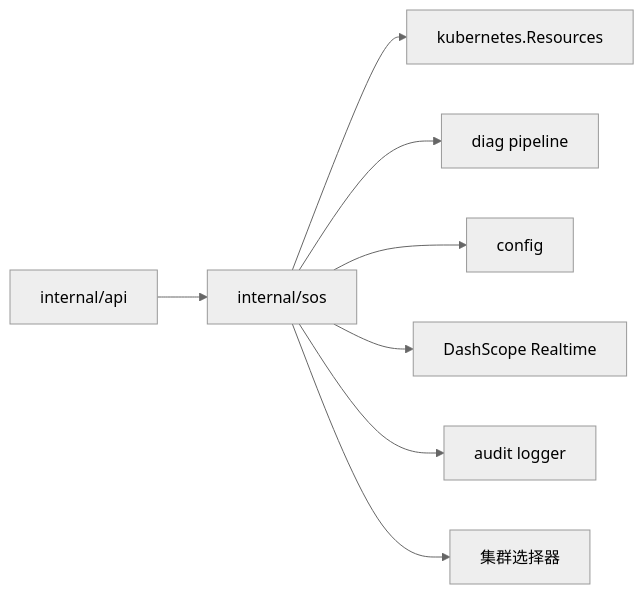
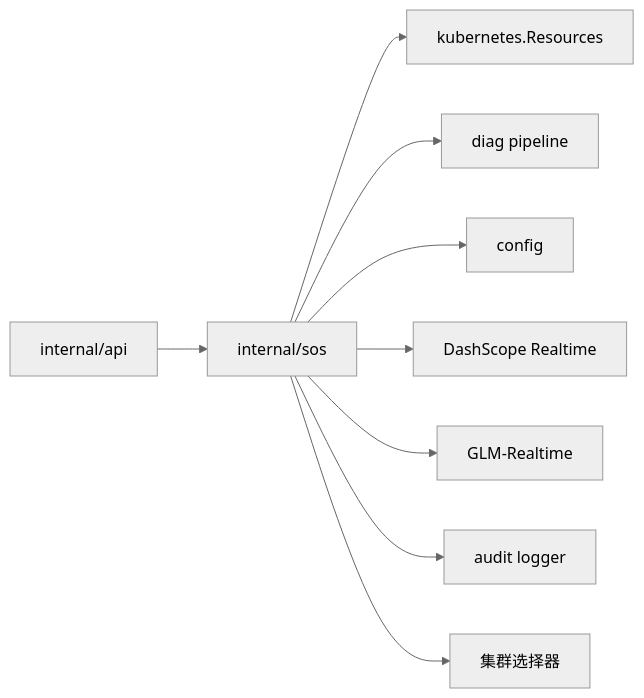
The third of 3 diagrams in .qoder/repowiki/zh/content/核心功能/SOS紧急语音对话模式.md (kudig-io/klaw), drawn with Mermaid (neutral theme) before and after one commit. The commit also changed other lines of this file and 336 other files, not shown here.

````diff
--- a/.qoder/repowiki/zh/content/核心功能/SOS紧急语音对话模式.md
+++ b/.qoder/repowiki/zh/content/核心功能/SOS紧急语音对话模式.md
@@ -314,10 +400,11 @@
 ```mermaid
 graph LR
 API["internal/api"] --> SOS["internal/sos"]
 SOS --> K8S["kubernetes.Resources"]
 SOS --> DIAG["diag pipeline"]
 SOS --> CFG["config"]
 SOS --> DS["DashScope Realtime"]
+SOS --> GLM["GLM-Realtime"]
 SOS --> AUDIT["audit logger"]
 SOS --> CLUSTER["集群选择器"]
 ```
````
